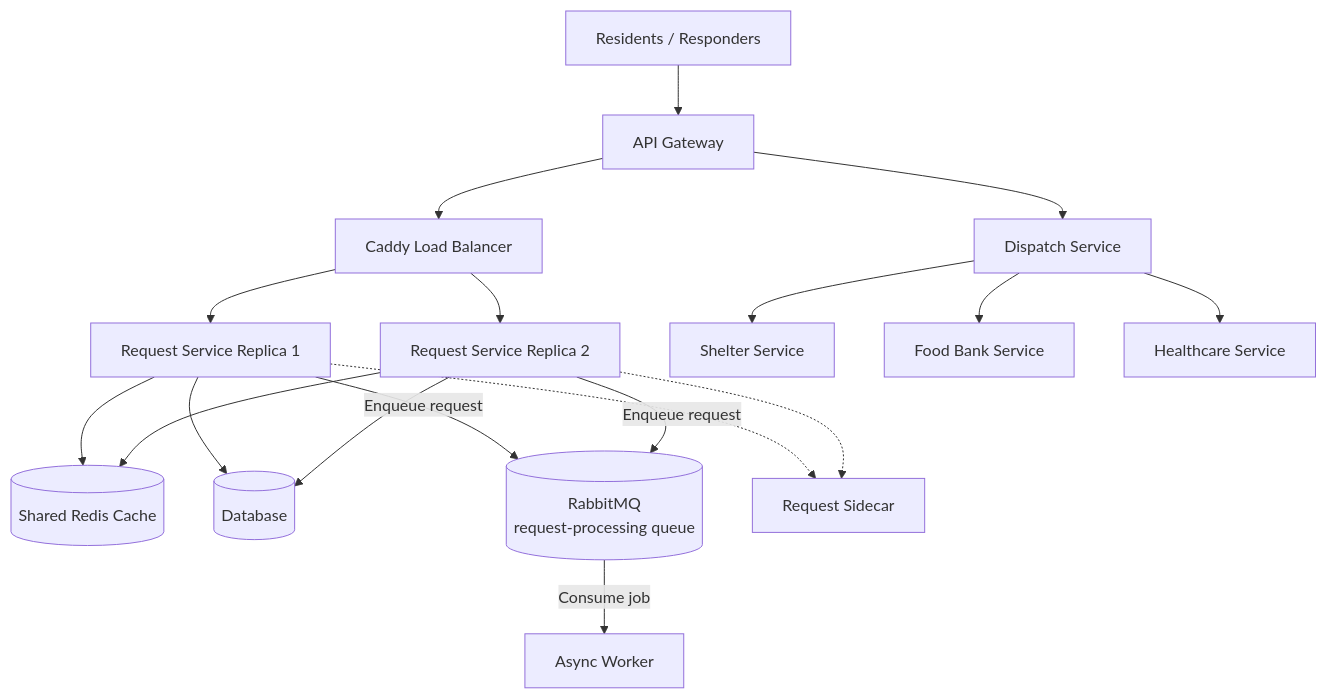
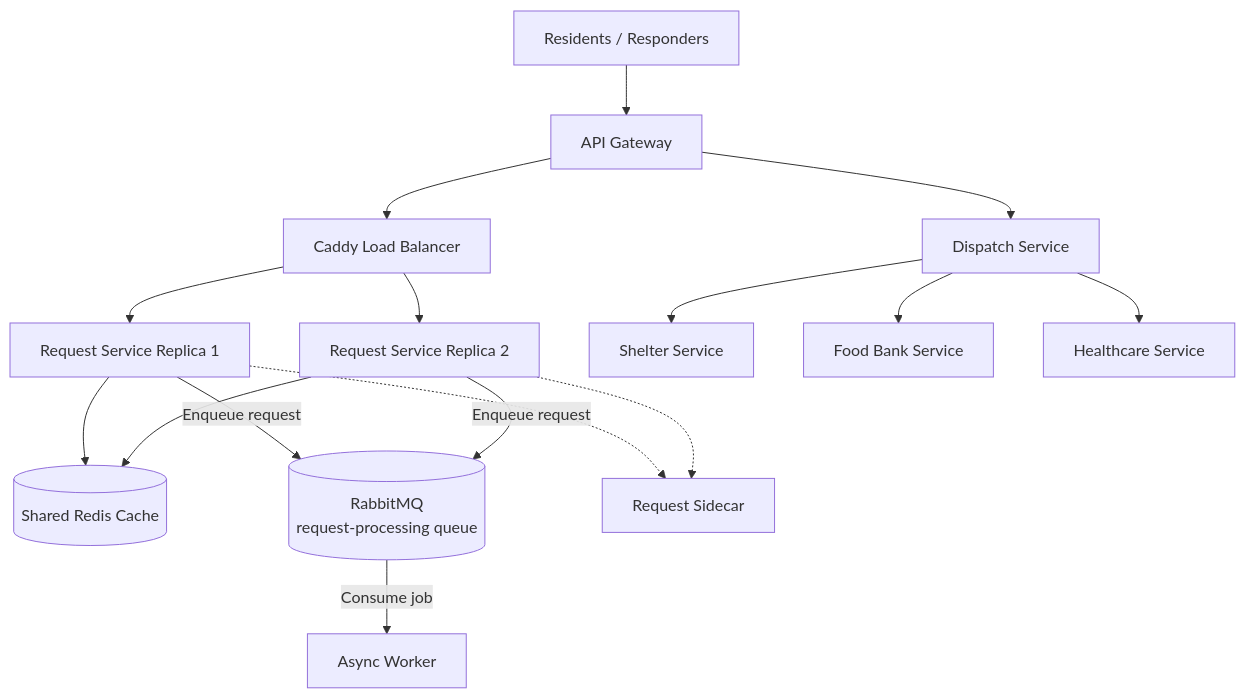
The second of 2 diagrams in docs/SERVICES.md (cs-426-team10/426-project-team-10), drawn with Mermaid before and after one commit.

Commit message:
Remove redundant database from SERVICES.md

````diff
--- a/docs/SERVICES.md
+++ b/docs/SERVICES.md
@@ -162,40 +162,35 @@
 ```mermaid
 flowchart TD
 
     Client[Residents / Responders]
 
     Client --> Gateway[API Gateway]
 
 
     Gateway --> Caddy[Caddy Load Balancer]
 
 
     Caddy --> Request1[Request Service Replica 1]
     Caddy --> Request2[Request Service Replica 2]
 
     Redis[(Shared Redis Cache)]
 
     Request1 --> Redis
     Request2 --> Redis
 
-
-    Request1 --> Database[(Database)]
-    Request2 --> Database
-
-
     Gateway --> Dispatch[Dispatch Service]
 
     Dispatch --> Shelter[Shelter Service]
 
     Dispatch --> FoodBank[Food Bank Service]
 
     Dispatch --> Healthcare[Healthcare Service]
 
     Request1 -->|Enqueue request| RabbitMQ[(RabbitMQ<br/>request-processing queue)]
     Request2 -->|Enqueue request| RabbitMQ
 
     RabbitMQ -->|Consume job| Worker[Async Worker]
 
     Request1 -.-> Sidecar[Request Sidecar]
     Request2 -.-> Sidecar
 ```
````
